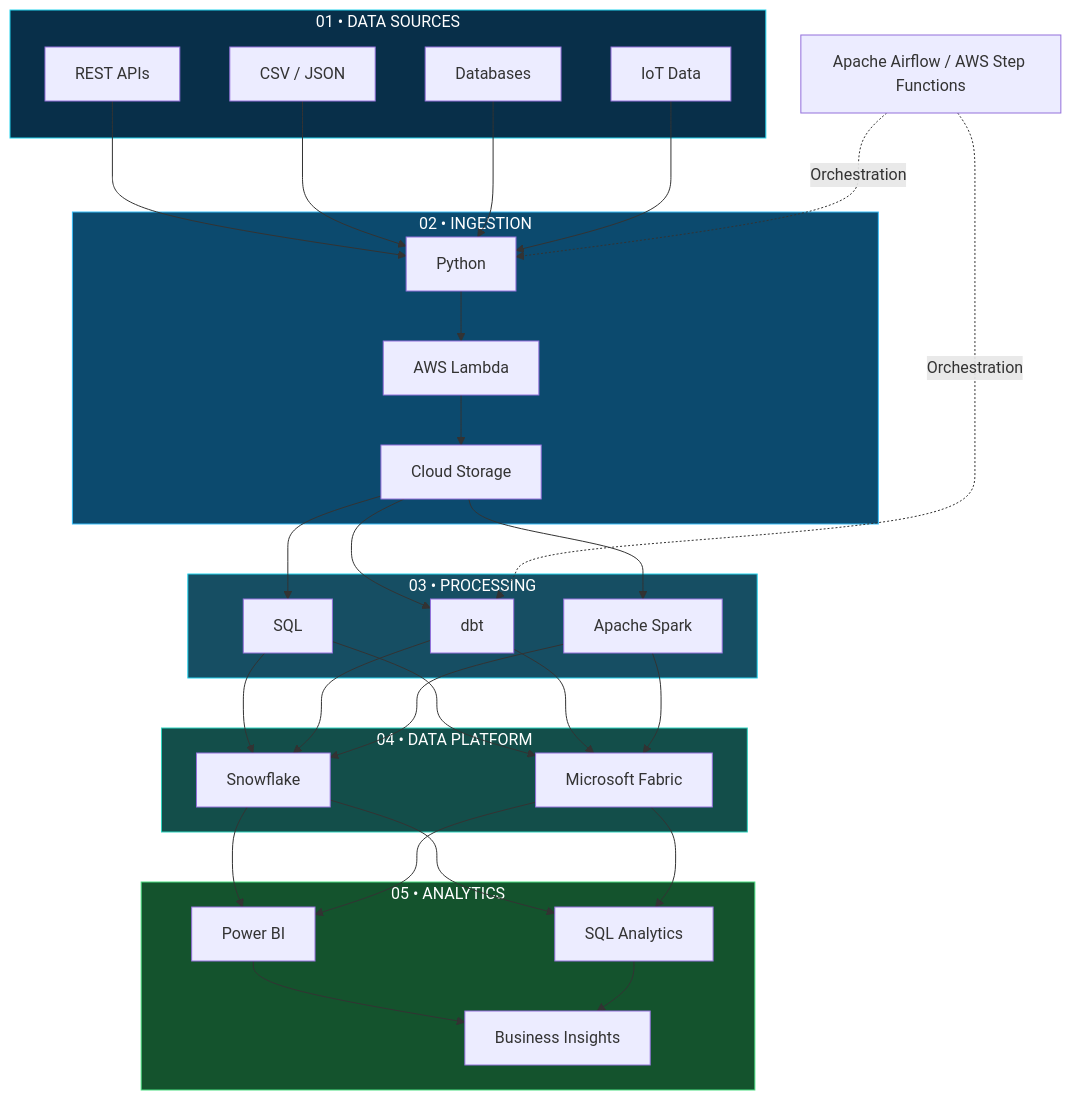
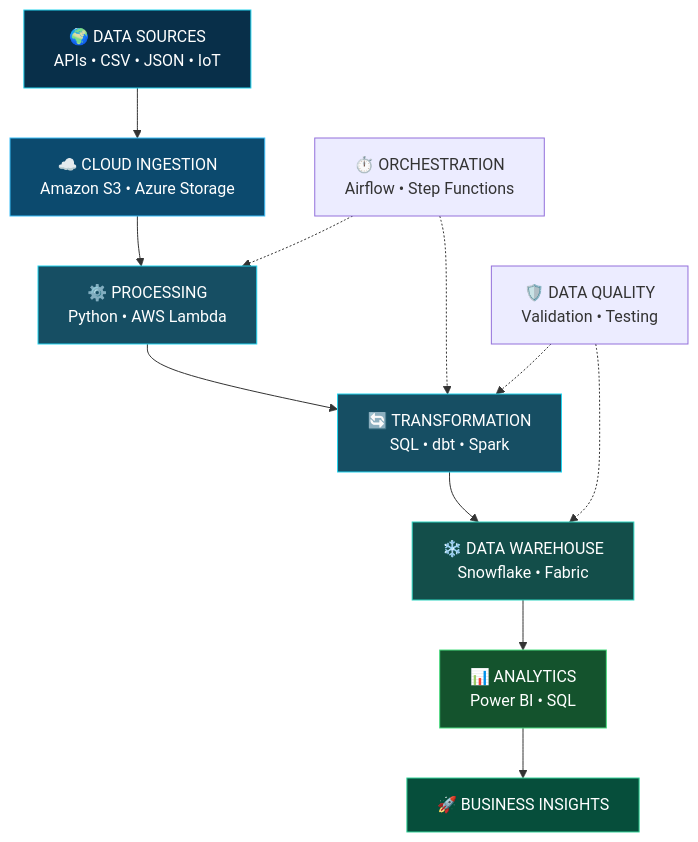
One commit to shariq-13/shariq-13 changed the diagram in README.md. Above: the diagram before and after it, drawn with Mermaid. The commit also changed other lines of this file, not shown here.

````diff
--- a/README.md
+++ b/README.md
@@ -102,48 +127,28 @@
 ```mermaid
-flowchart TB
-    subgraph SOURCE["01 • DATA SOURCES"]
-        A1["REST APIs"]
-        A2["CSV / JSON"]
-        A3["Databases"]
-        A4["IoT Data"]
-    end
+flowchart TD
+    A["🌍 DATA SOURCES<br/>APIs • CSV • JSON • IoT"]
+    B["☁️ CLOUD INGESTION<br/>Amazon S3 • Azure Storage"]
+    C["⚙️ PROCESSING<br/>Python • AWS Lambda"]
+    D["🔄 TRANSFORMATION<br/>SQL • dbt • Spark"]
+    E["❄️ DATA WAREHOUSE<br/>Snowflake • Fabric"]
+    F["📊 ANALYTICS<br/>Power BI • SQL"]
+    G["🚀 BUSINESS INSIGHTS"]
 
-    subgraph INGESTION["02 • INGESTION"]
-        B1["Python"]
-        B2["AWS Lambda"]
-        B3["Cloud Storage"]
-    end
+    A --> B --> C --> D --> E --> F --> G
 
-    subgraph TRANSFORMATION["03 • PROCESSING"]
-        C1["SQL"]
-        C2["dbt"]
-        C3["Apache Spark"]
-    end
+    H["⏱️ ORCHESTRATION<br/>Airflow • Step Functions"]
+    I["🛡️ DATA QUALITY<br/>Validation • Testing"]
 
-    subgraph WAREHOUSE["04 • DATA PLATFORM"]
-        D1["Snowflake"]
-        D2["Microsoft Fabric"]
-    end
+    H -.-> C
+    H -.-> D
+    I -.-> D
+    I -.-> E
 
-    subgraph ANALYTICS["05 • ANALYTICS"]
-        E1["Power BI"]
-        E2["SQL Analytics"]
-        E3["Business Insights"]
-    end
-
-    A1 & A2 & A3 & A4 --> B1
-    B1 --> B2 --> B3
-    B3 --> C1 & C2 & C3
-    C1 & C2 & C3 --> D1 & D2
-    D1 & D2 --> E1 & E2 --> E3
-
-    F["Apache Airflow / AWS Step Functions"]
-    F -. Orchestration .-> B1
-    F -. Orchestration .-> C2
-
-    style SOURCE fill:#082F49,stroke:#22D3EE,color:#fff
-    style INGESTION fill:#0C4A6E,stroke:#38BDF8,color:#fff
-    style TRANSFORMATION fill:#164E63,stroke:#22D3EE,color:#fff
-    style WAREHOUSE fill:#134E4A,stroke:#2DD4BF,color:#fff
-    style ANALYTICS fill:#14532D,stroke:#4ADE80,color:#fff
+    style A fill:#082F49,stroke:#22D3EE,color:#fff
+    style B fill:#0C4A6E,stroke:#38BDF8,color:#fff
+    style C fill:#164E63,stroke:#22D3EE,color:#fff
+    style D fill:#164E63,stroke:#22D3EE,color:#fff
+    style E fill:#134E4A,stroke:#2DD4BF,color:#fff
+    style F fill:#14532D,stroke:#4ADE80,color:#fff
+    style G fill:#064E3B,stroke:#34D399,color:#fff
 ```
````
